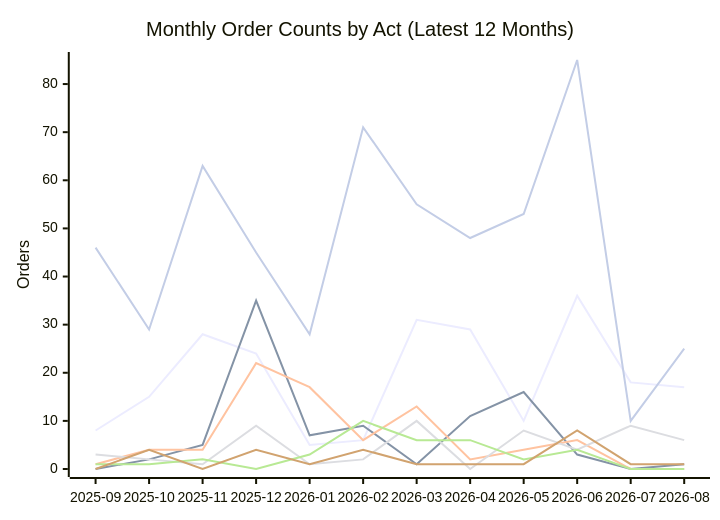
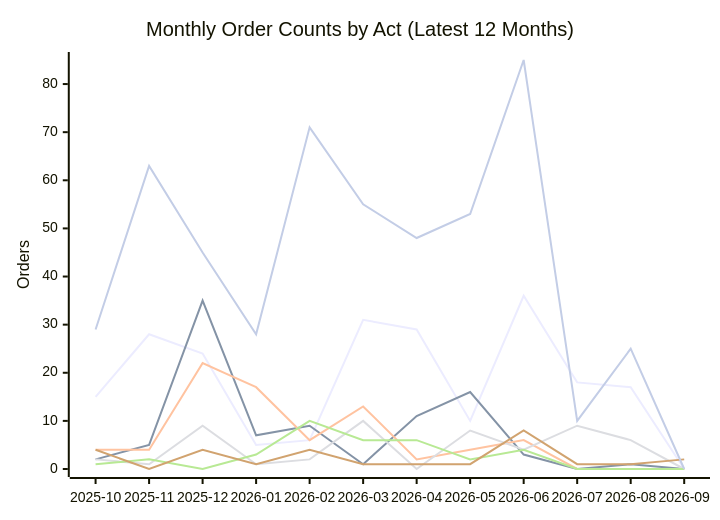
One commit to PatLittle/oic-data changed the second of 2 diagrams in README.md. Above: the diagram before and after it, drawn with Mermaid. The commit also changed other lines of this file and 5 other files, not shown here.

````diff
--- a/README.md
+++ b/README.md
@@ -71,13 +71,13 @@
 ```mermaid
 xychart-beta
     title "Monthly Order Counts by Act (Latest 12 Months)"
-    x-axis ["2025-09", "2025-10", "2025-11", "2025-12", "2026-01", "2026-02", "2026-03", "2026-04", "2026-05", "2026-06", "2026-07", "2026-08"]
+    x-axis ["2025-10", "2025-11", "2025-12", "2026-01", "2026-02", "2026-03", "2026-04", "2026-05", "2026-06", "2026-07", "2026-08", "2026-09"]
     y-axis "Orders" 0 --> 85
-    line [8, 15, 28, 24, 5, 6, 31, 29, 10, 36, 18, 17]
-    line [0, 2, 5, 35, 7, 9, 1, 11, 16, 3, 0, 1]
-    line [1, 4, 4, 22, 17, 6, 13, 2, 4, 6, 0, 0]
-    line [3, 2, 1, 9, 1, 2, 10, 0, 8, 4, 9, 6]
-    line [1, 1, 2, 0, 3, 10, 6, 6, 2, 4, 0, 0]
-    line [0, 4, 0, 4, 1, 4, 1, 1, 1, 8, 1, 1]
-    line [46, 29, 63, 45, 28, 71, 55, 48, 53, 85, 10, 25]
+    line [15, 28, 24, 5, 6, 31, 29, 10, 36, 18, 17, 0]
+    line [2, 5, 35, 7, 9, 1, 11, 16, 3, 0, 1, 0]
+    line [4, 4, 22, 17, 6, 13, 2, 4, 6, 0, 0, 0]
+    line [2, 1, 9, 1, 2, 10, 0, 8, 4, 9, 6, 0]
+    line [1, 2, 0, 3, 10, 6, 6, 2, 4, 0, 0, 0]
+    line [4, 0, 4, 1, 4, 1, 1, 1, 8, 1, 1, 2]
+    line [29, 63, 45, 28, 71, 55, 48, 53, 85, 10, 25, 0]
 ```
````
